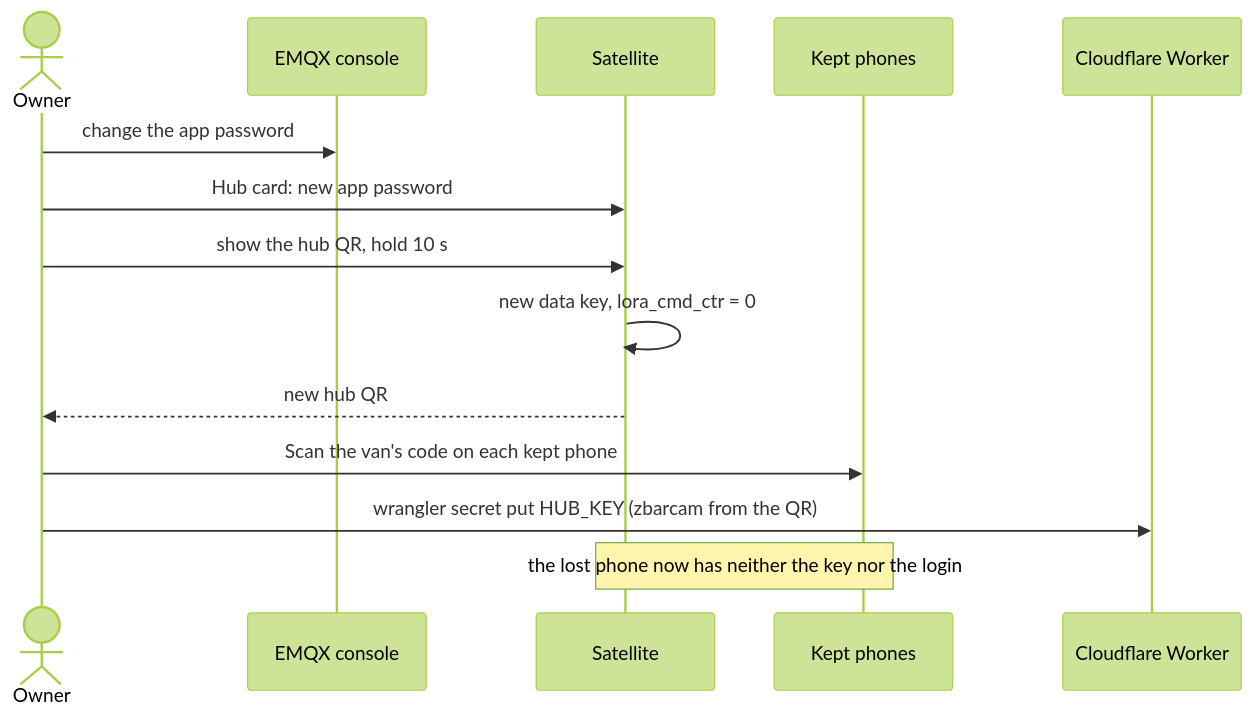
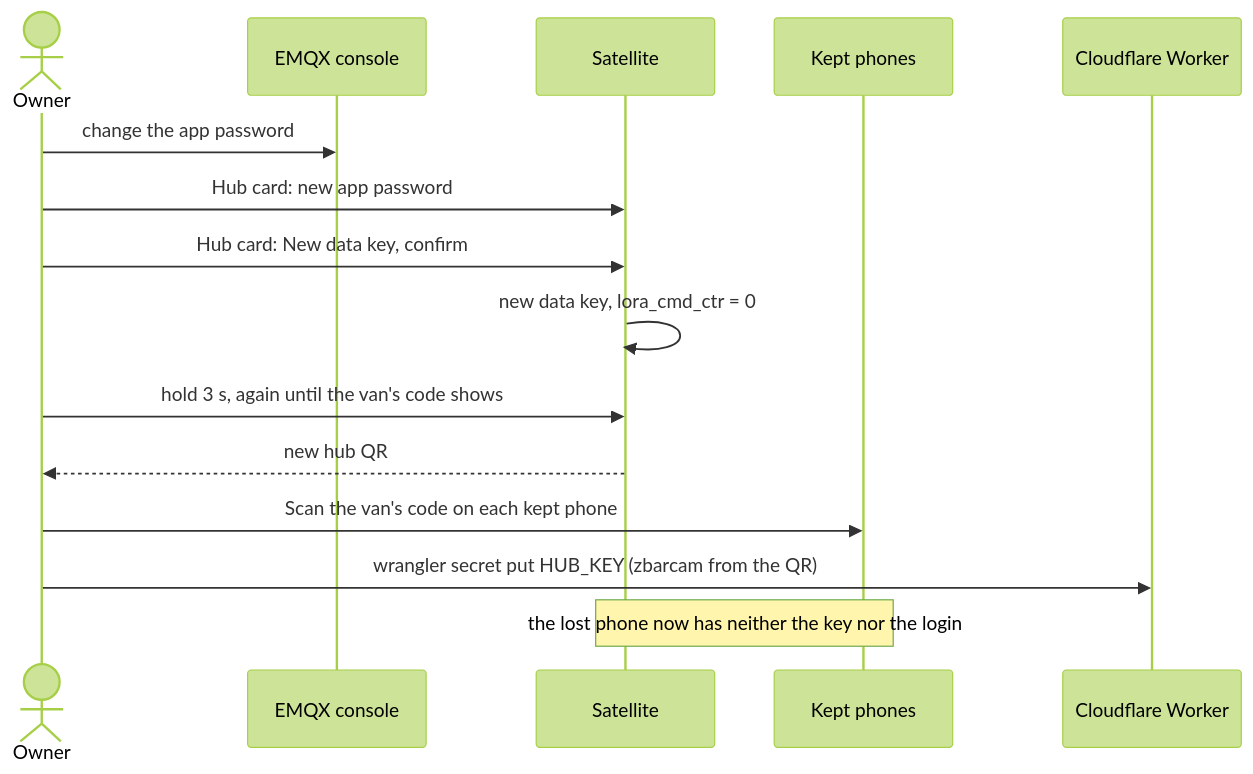
Before and after one commit to ckeller42/open-california: the fifth of 5 diagrams in docs/howto-remote-hub.md, drawn with Mermaid (forest theme). The commit also changed other lines of this file and 4 other files, not shown here.

First line of the commit message:
docs: onboarding follows the hold cycle, Remote access and New data key

````diff
--- a/docs/howto-remote-hub.md
+++ b/docs/howto-remote-hub.md
@@ -530,17 +547,18 @@
 ```mermaid
 sequenceDiagram
 actor O as Owner
 participant B as EMQX console
 participant E as Satellite
 participant P as Kept phones
 participant W as Cloudflare Worker
 O->>B: change the app password
 O->>E: Hub card: new app password
-O->>E: show the hub QR, hold 10 s
+O->>E: Hub card: New data key, confirm
 E->>E: new data key, lora_cmd_ctr = 0
+O->>E: hold 3 s, again until the van's code shows
 E-->>O: new hub QR
 O->>P: Scan the van's code on each kept phone
 O->>W: wrangler secret put HUB_KEY (zbarcam from the QR)
 Note over P,E: the lost phone now has neither the key nor the login
 
 ```
````
